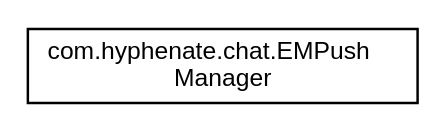
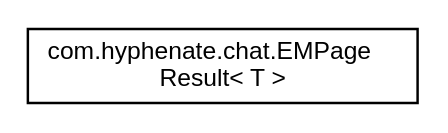
One commit to easemob/www.easemob.com changed the diagram in static/apidoc/android/chat3.0/inherit_graph_55.dot. Above: the diagram before and after it, drawn with Graphviz. The commit also changed 284 other files, not shown here.

```diff
--- a/static/apidoc/android/chat3.0/inherit_graph_55.dot
+++ b/static/apidoc/android/chat3.0/inherit_graph_55.dot
@@ -1,7 +1,7 @@
 digraph "类继承关系图"
 {
   edge [fontname="Helvetica",fontsize="10",labelfontname="Helvetica",labelfontsize="10"];
   node [fontname="Helvetica",fontsize="10",shape=record];
   rankdir="LR";
-  Node1 [label="com.hyphenate.chat.EMPush\lManager",height=0.2,width=0.4,color="black", fillcolor="white", style="filled",URL="$classcom_1_1hyphenate_1_1chat_1_1EMPushManager.html"];
+  Node1 [label="com.hyphenate.chat.EMPage\lResult\< T \>",height=0.2,width=0.4,color="black", fillcolor="white", style="filled",URL="$classcom_1_1hyphenate_1_1chat_1_1EMPageResult.html"];
 }
```
